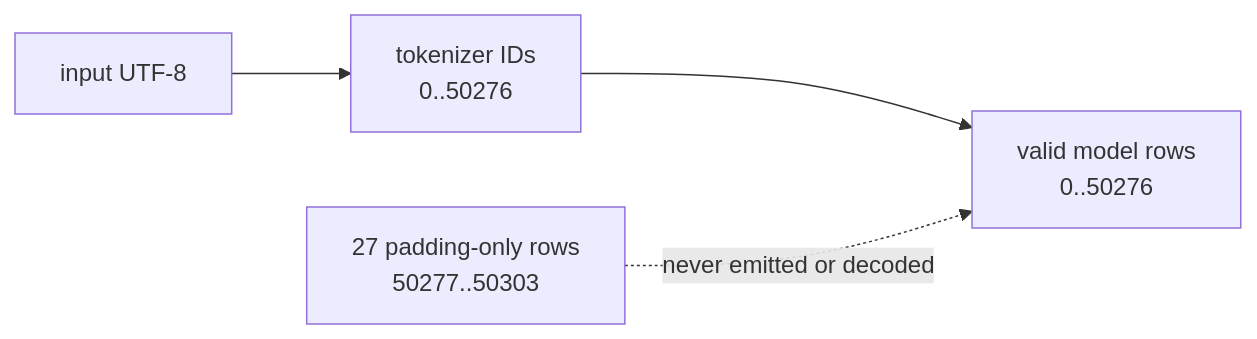
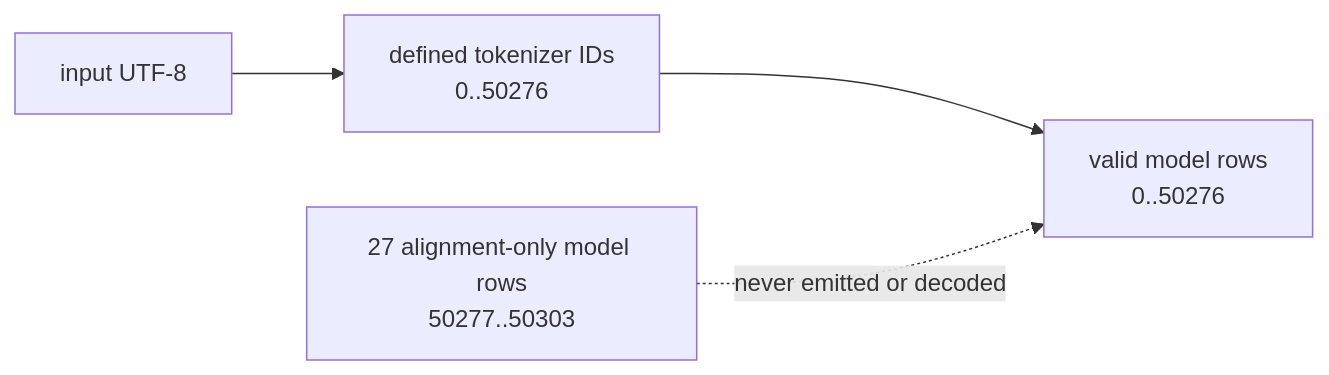
The second of 4 diagrams in docs/learning/phase-37-pinned-public-checkpoint-production-tokenizer.md (conan505/inferLab), drawn with Mermaid before and after one commit. The commit also changed other lines of this file and 8 other files, not shown here.

````diff
--- a/docs/learning/phase-37-pinned-public-checkpoint-production-tokenizer.md
+++ b/docs/learning/phase-37-pinned-public-checkpoint-production-tokenizer.md
@@ -175,6 +177,6 @@
 ```mermaid
 flowchart LR
-    Text["input UTF-8"] --> Tok["tokenizer IDs\n0..50276"]
+    Text["input UTF-8"] --> Tok["defined tokenizer IDs\n0..50276"]
     Tok --> Rows["valid model rows\n0..50276"]
-    Pad["27 padding-only rows\n50277..50303"] -. "never emitted or decoded" .-> Rows
+    Align["27 alignment-only model rows\n50277..50303"] -. "never emitted or decoded" .-> Rows
 ```
````
